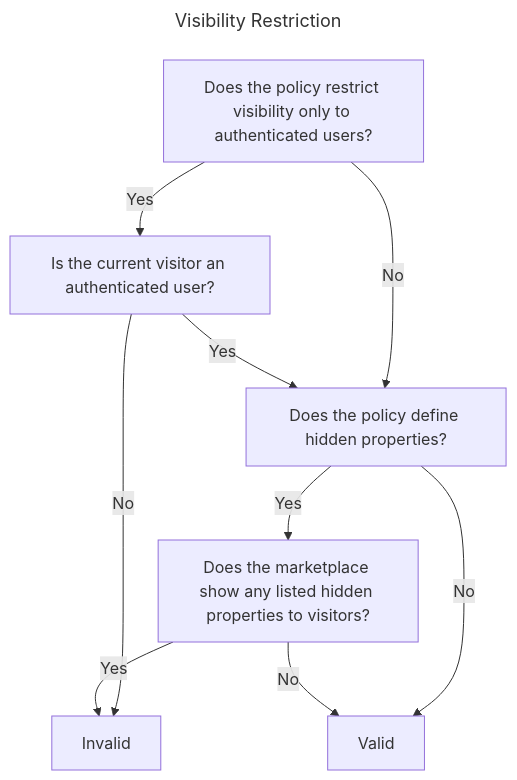
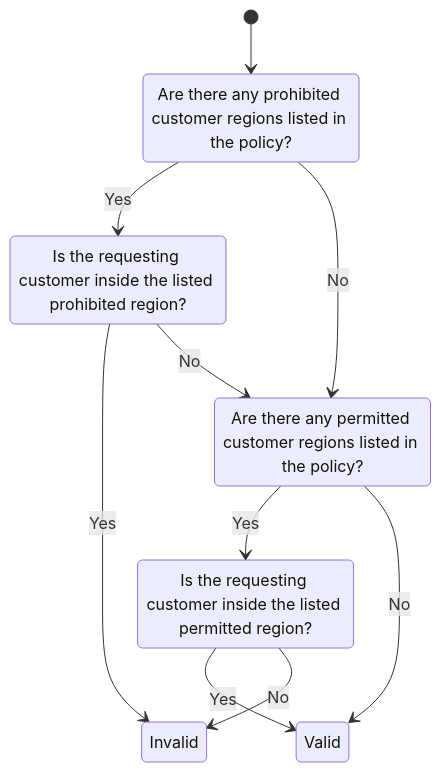
Before and after one commit to DOME-Marketplace/dome-odrl-profile: the fourth of 4 diagrams in docs/policy-evaluation-strategy.md, drawn with Mermaid. The commit also changed other lines of this file, not shown here.

````diff
--- a/docs/policy-evaluation-strategy.md
+++ b/docs/policy-evaluation-strategy.md
@@ -65,20 +103,20 @@
 ```mermaid
----
-title: Visibility Restriction
----
-flowchart TD
-  Q1["Does the policy restrict visibility only to authenticated users?"]
-  Q1 -- Yes --> Q2
-  Q1 -- No --> Q3
-  Q2["Is the current visitor an authenticated user?"]
-  Q2 -- Yes --> Q3
-  Q2 -- No --> INVALID
-  Q3["Does the policy define hidden properties?"]
-  Q3 -- Yes --> Q4
-  Q3 -- No --> VALID
-  Q4["Does the marketplace show any listed hidden properties to visitors?"]
-  Q4 -- Yes --> INVALID
-  Q4 -- No --> VALID
-  VALID["Valid"]
-  INVALID["Invalid"]
+stateDiagram-v2
+  [*] --> Q1_1
+  Q1_1 : Are there any prohibited customer regions listed in the policy?
+  Q1_1 --> Q1_2 : Yes
+  Q1_1 --> Q2_1 : No
+  Q1_2 : Is the requesting customer inside the listed prohibited region?
+  Q1_2 --> INVALID : Yes
+  Q1_2 --> Q2_1 : No
+  Q2_1 : Are there any permitted customer regions listed in the policy?
+  Q2_1 --> Q2_2 : Yes
+  Q2_1 --> VALID : No
+  Q2_2 : Is the requesting customer inside the listed permitted region?
+  Q2_2 --> VALID : Yes
+  Q2_2 --> INVALID : No
+  VALID:::FinalEvent : Valid
+  INVALID:::ErrorEvent : Invalid
+  classDef FinalEvent fill:darkgreen,color:white
+  classDef ErrorEvent fill:darkred,color:white
 ```
````
